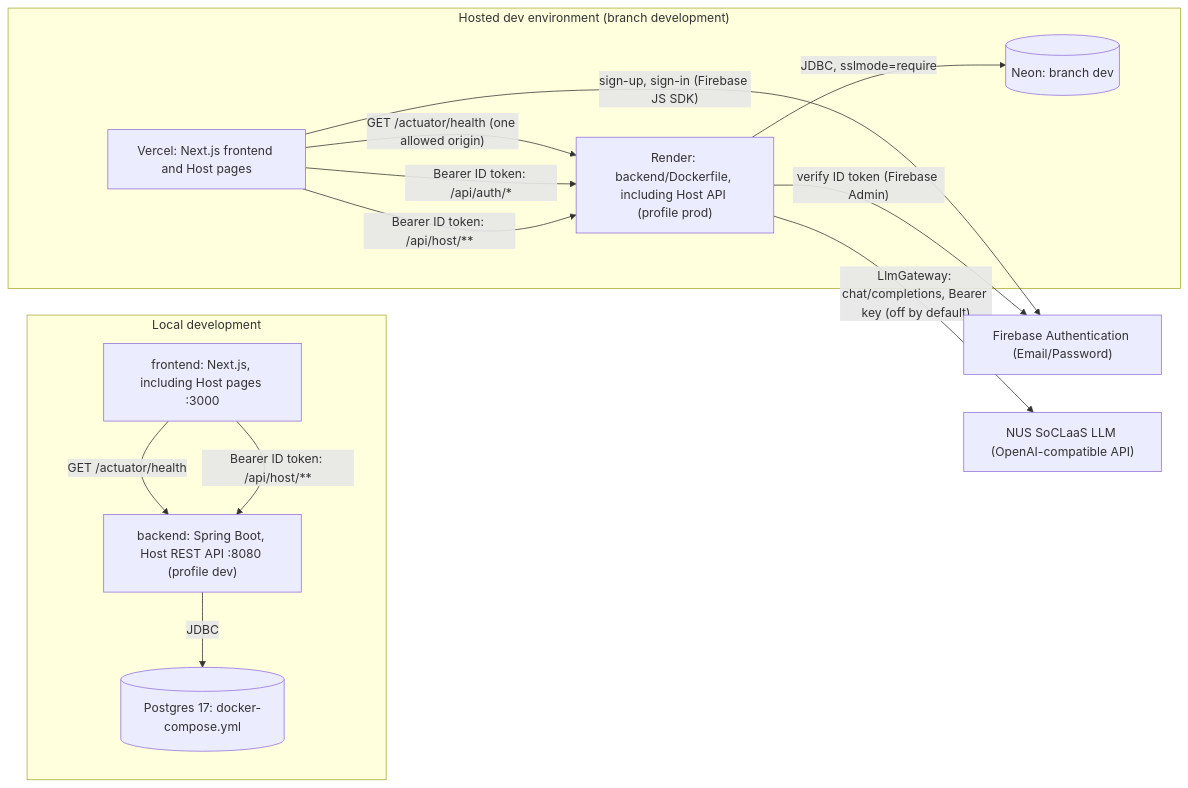
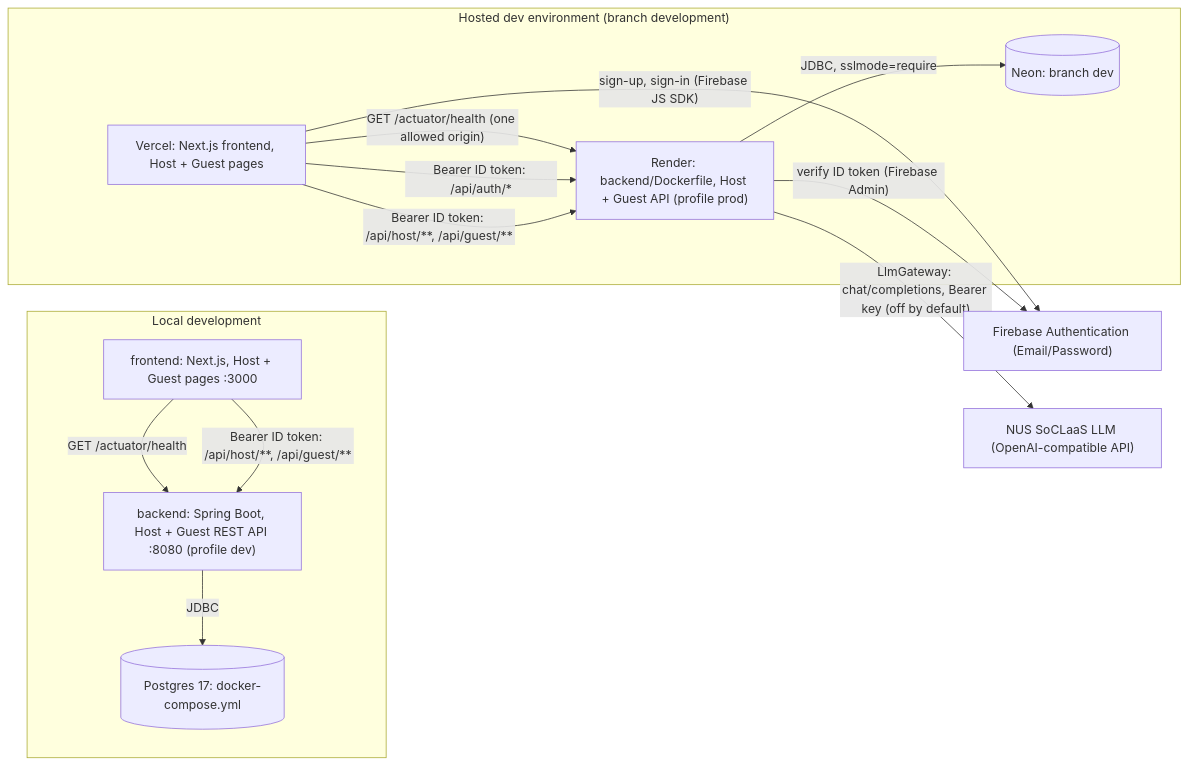
Before and after one commit to CS3227-2610-MP3-SnoozeShare/CS3227-2610-MP3: the second of 18 diagrams in docs/DeveloperGuide.md, drawn with Mermaid. The commit also changed other lines of this file and 2 other files, not shown here.

First line of the commit message:
docs: document W-GUEST in Developer Guide

````diff
--- a/docs/DeveloperGuide.md
+++ b/docs/DeveloperGuide.md
@@ -417,25 +419,25 @@
 ```mermaid
 flowchart LR
   subgraph Local["Local development"]
-    FE1["frontend: Next.js, including Host pages :3000"]
-    BE1["backend: Spring Boot, Host REST API :8080 (profile dev)"]
+    FE1["frontend: Next.js, Host + Guest pages :3000"]
+    BE1["backend: Spring Boot, Host + Guest REST API :8080 (profile dev)"]
     PG1[("Postgres 17: docker-compose.yml")]
   end
   subgraph Hosted["Hosted dev environment (branch development)"]
-    V["Vercel: Next.js frontend and Host pages"]
-    R["Render: backend/Dockerfile, including Host API (profile prod)"]
+    V["Vercel: Next.js frontend, Host + Guest pages"]
+    R["Render: backend/Dockerfile, Host + Guest API (profile prod)"]
     N[("Neon: branch dev")]
   end
   FB["Firebase Authentication (Email/Password)"]
   SC["NUS SoCLaaS LLM (OpenAI-compatible API)"]
   FE1 -->|"GET /actuator/health"| BE1
-  FE1 -->|"Bearer ID token: /api/host/**"| BE1
+  FE1 -->|"Bearer ID token: /api/host/**, /api/guest/**"| BE1
   BE1 -->|"JDBC"| PG1
   V -->|"GET /actuator/health (one allowed origin)"| R
   V -->|"sign-up, sign-in (Firebase JS SDK)"| FB
   V -->|"Bearer ID token: /api/auth/*"| R
-  V -->|"Bearer ID token: /api/host/**"| R
+  V -->|"Bearer ID token: /api/host/**, /api/guest/**"| R
   R -->|"verify ID token (Firebase Admin)"| FB
   R -->|"JDBC, sslmode=require"| N
   R -->|"LlmGateway: chat/completions, Bearer key (off by default)"| SC
 ```
````
